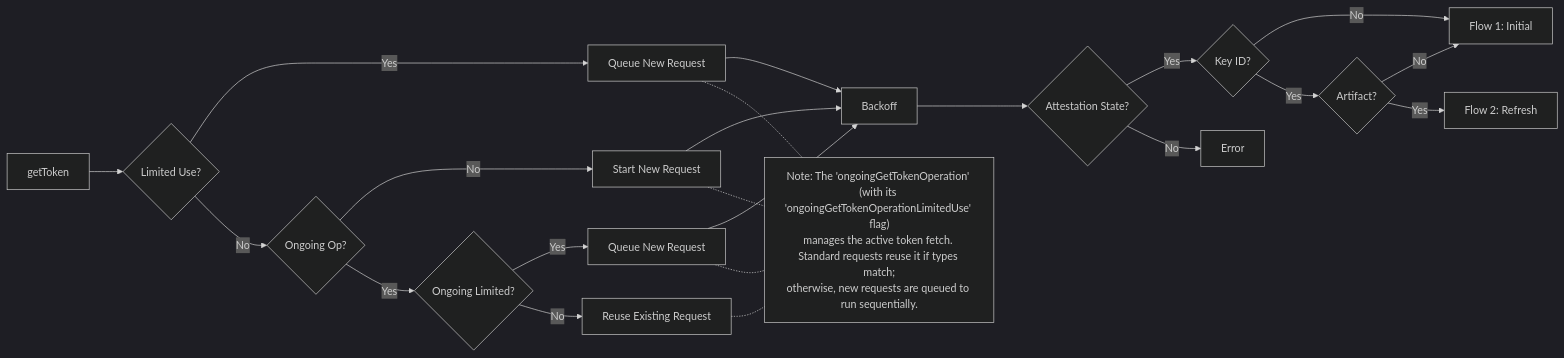
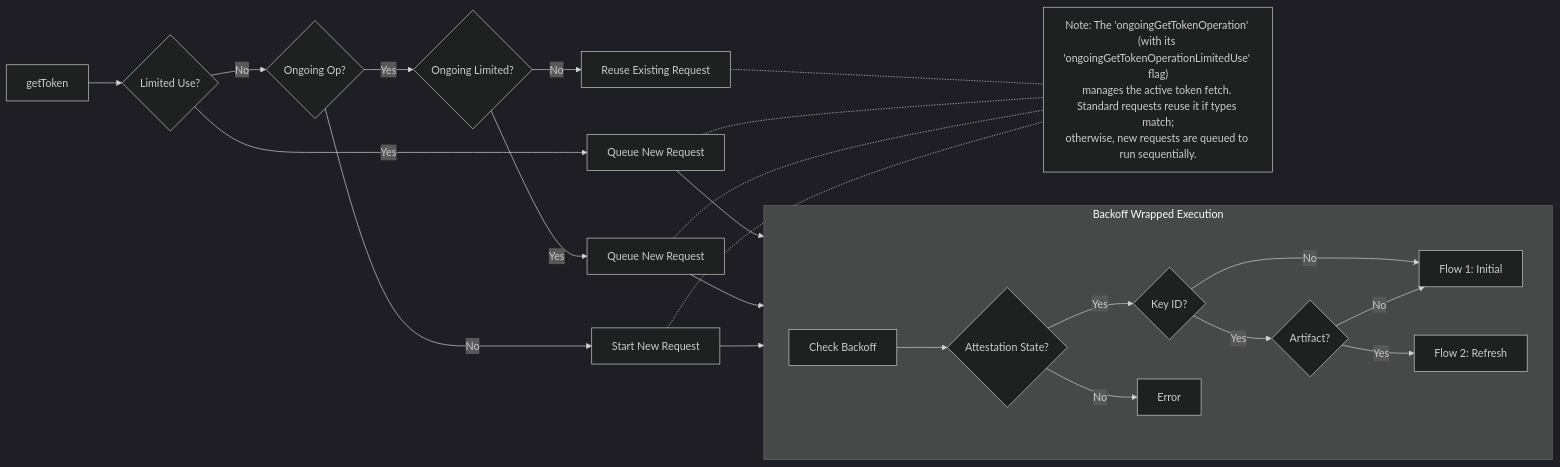
Before and after one commit to google/app-check: the first of 4 diagrams in docs/providers/app-attest.md, drawn with Mermaid (dark theme).

````diff
--- a/docs/providers/app-attest.md
+++ b/docs/providers/app-attest.md
@@ -31,35 +31,41 @@
 ```mermaid
-%%{init: {"flowchart": {"diagramPadding": 130}}}%%
+%%{init: {"flowchart": {"diagramPadding": 75}}}%%
 flowchart LR
     Start[getToken] --> CheckUse{Limited Use?}
     
     CheckUse -- Yes --> Queue1[Queue New Request]
     CheckUse -- No --> Coalesce{Ongoing Op?}
     
     Coalesce -- No --> StartNew[Start New Request]
     Coalesce -- Yes --> CheckOngoing{Ongoing Limited?}
     
     CheckOngoing -- Yes --> Queue2[Queue New Request]
     CheckOngoing -- No --> Reuse[Reuse Existing Request]
     
-    Queue1 --> Backoff[Backoff]
+    subgraph Execution ["Backoff Wrapped Execution"]
+        direction LR
+        Backoff[Check Backoff]
+        StateCheck{Attestation State?}
+        
+        Backoff --> StateCheck
+        
+        StateCheck -->|Yes| KeyCheck{Key ID?}
+        
+        KeyCheck -- No --> Flow1[Flow 1: Initial]
+        KeyCheck -- Yes --> ArtifactCheck{Artifact?}
+        
+        ArtifactCheck -- No --> Flow1
+        ArtifactCheck -- Yes --> Flow2[Flow 2: Refresh]
+
+        StateCheck -->|No| Error[Error]
+    end
+
+    Queue1 --> Backoff
     Queue2 --> Backoff
     StartNew --> Backoff
-    
-    Backoff --> StateCheck{Attestation State?}
-    
-    StateCheck -->|Yes| KeyCheck{Key ID?}
-    
-    KeyCheck -- No --> Flow1[Flow 1: Initial]
-    KeyCheck -- Yes --> ArtifactCheck{Artifact?}
-    
-    ArtifactCheck -- No --> Flow1
-    ArtifactCheck -- Yes --> Flow2[Flow 2: Refresh]
-
-    StateCheck -->|No| Error[Error]
 
     Reuse -.- Footnote["Note: The 'ongoingGetTokenOperation' (with its 'ongoingGetTokenOperationLimitedUse' flag)<br/>manages the active token fetch. Standard requests reuse it if types match;<br/>otherwise, new requests are queued to run sequentially."]
     Queue1 -.- Footnote
     Queue2 -.- Footnote
     StartNew -.- Footnote
 ```
````
